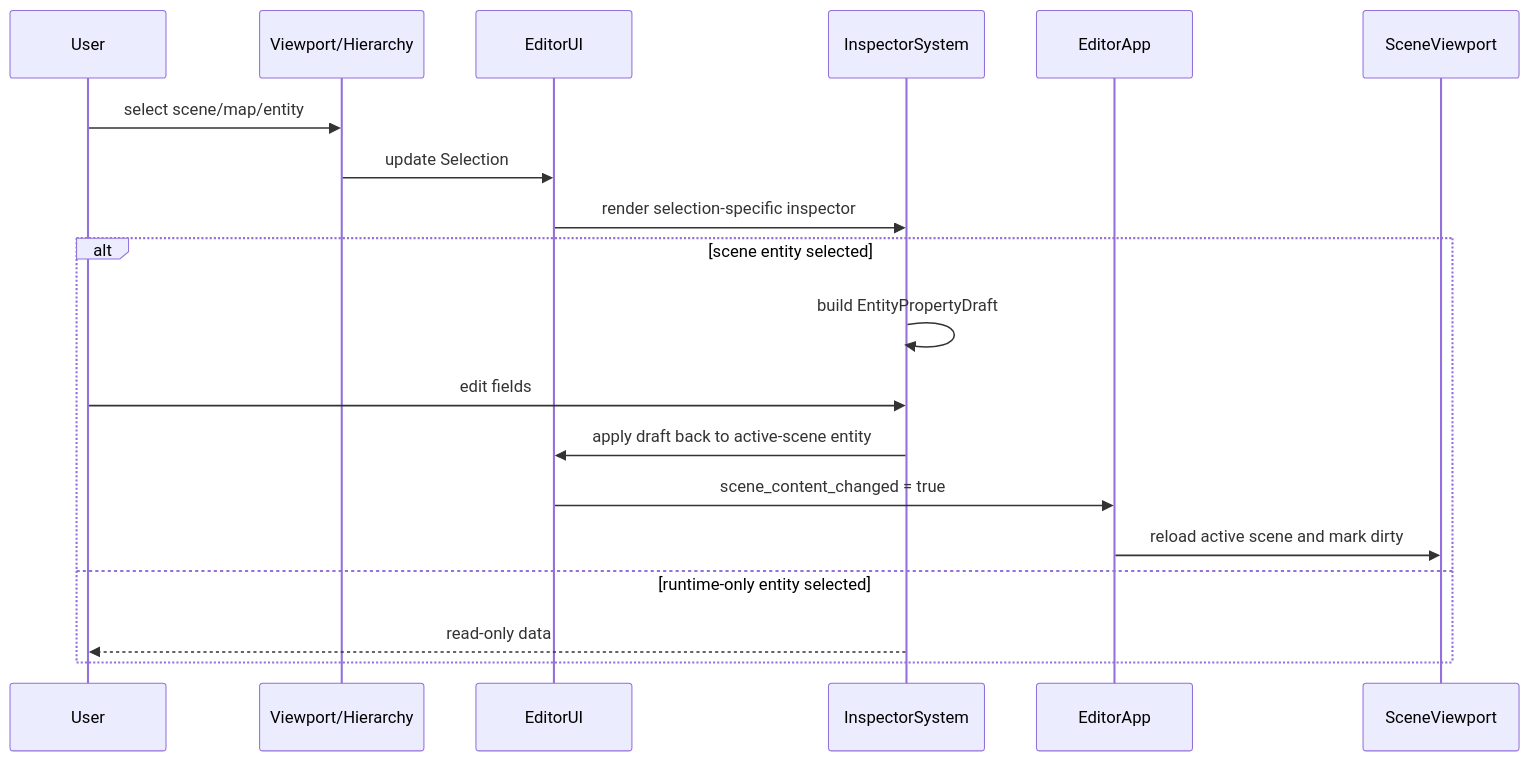
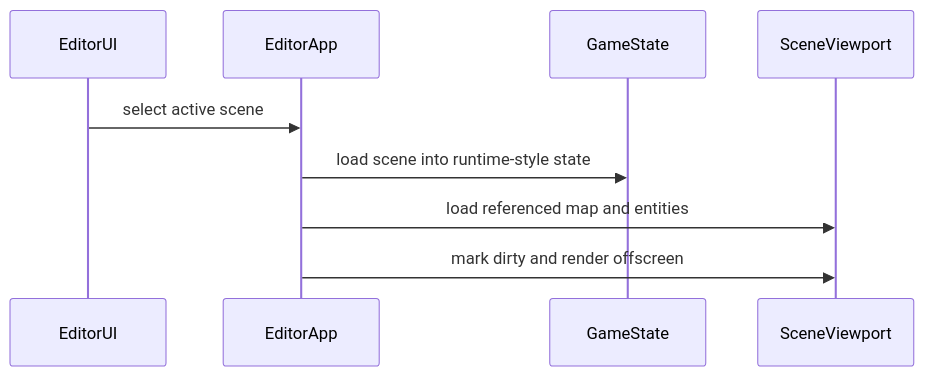
Before and after one commit to daredem0/ToKi: the ninth of 10 diagrams in docs/SDD_SAD.md, drawn with Mermaid. The commit also changed other lines of this file and 1 other file, not shown here.

````diff
--- a/docs/SDD_SAD.md
+++ b/docs/SDD_SAD.md
@@ -461,22 +484,12 @@
 ```mermaid
 sequenceDiagram
-    participant U as User
-    participant VP as Viewport/Hierarchy
     participant UI as EditorUI
-    participant I as InspectorSystem
     participant EA as EditorApp
+    participant GS as GameState
     participant SV as SceneViewport
 
-    U->>VP: select scene/map/entity
-    VP->>UI: update Selection
-    UI->>I: render selection-specific inspector
-    alt scene entity selected
-        I->>I: build EntityPropertyDraft
-        U->>I: edit fields
-        I->>UI: apply draft back to active-scene entity
-        UI->>EA: scene_content_changed = true
-        EA->>SV: reload active scene and mark dirty
-    else runtime-only entity selected
-        I-->>U: read-only data
-    end
+    UI->>EA: select active scene
+    EA->>GS: load scene into runtime-style state
+    EA->>SV: load referenced map and entities
+    EA->>SV: mark dirty and render offscreen
 ```
````
